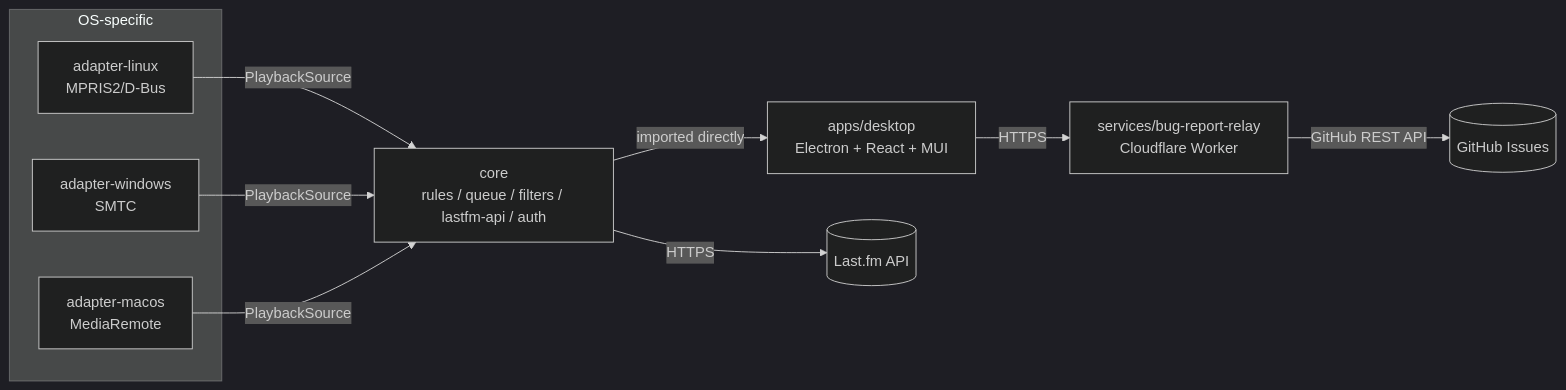
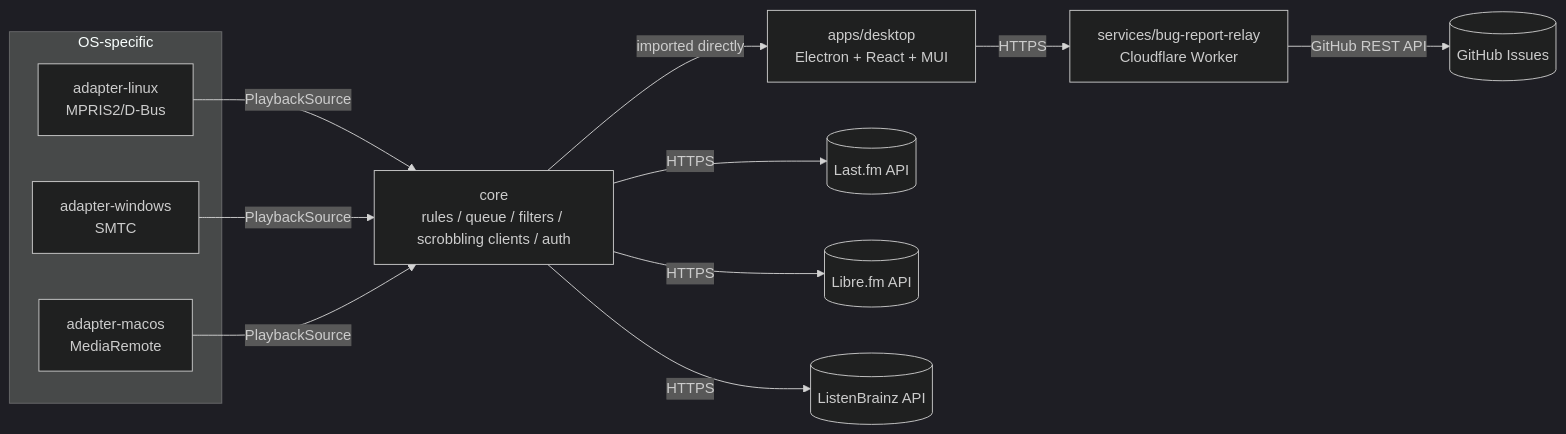
One commit to Vaporjawn/Last-FM-Scrobbler changed the diagram in docs/ARCHITECTURE.md. Above: the diagram before and after it, drawn with Mermaid (dark theme). The commit also changed other lines of this file, not shown here.

First line of the commit message:
docs(architecture): add process model, data flow, repo layout, and full CI/release detail

````diff
--- a/docs/ARCHITECTURE.md
+++ b/docs/ARCHITECTURE.md
@@ -12,15 +12,17 @@
 ```mermaid
 flowchart LR
     subgraph OS-specific
         A[adapter-linux\nMPRIS2/D-Bus]
         B[adapter-windows\nSMTC]
         C[adapter-macos\nMediaRemote]
     end
-    A -- PlaybackSource --> D[core\nrules / queue / filters / lastfm-api / auth]
+    A -- PlaybackSource --> D[core\nrules / queue / filters / scrobbling clients / auth]
     B -- PlaybackSource --> D
     C -- PlaybackSource --> D
     D -- imported directly --> E[apps/desktop\nElectron + React + MUI]
     E -- HTTPS --> F[services/bug-report-relay\nCloudflare Worker]
     F -- GitHub REST API --> G[(GitHub Issues)]
     D -- HTTPS --> H[(Last.fm API)]
+    D -- HTTPS --> I[(Libre.fm API)]
+    D -- HTTPS --> J[(ListenBrainz API)]
 ```
````
